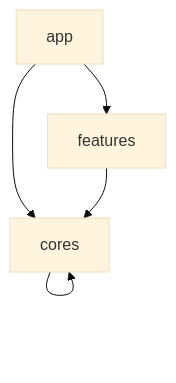
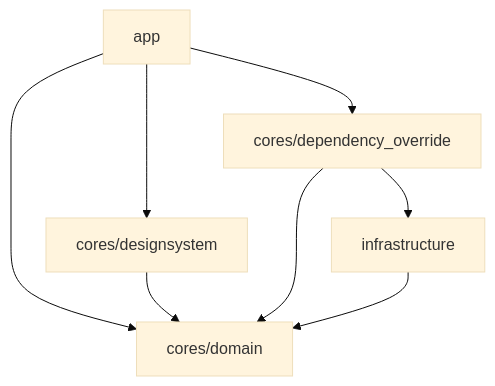
Before and after one commit to yakitama5/flutter-template: the diagram in docs/ARCHITECTURE.md, drawn with Mermaid (base theme). The commit also changed other lines of this file and 3 other files, not shown here.

````diff
--- a/docs/ARCHITECTURE.md
+++ b/docs/ARCHITECTURE.md
@@ -33,9 +36,12 @@
 ```mermaid
 flowchart TB
     app
-    cores
-    features
-    app --> cores & features
-    features --> cores
-    cores --> cores
+    cores/domain
+    cores/designsystem
+    cores/dependency_override
+    infrastructure
+    app --> cores/domain & cores/designsystem & cores/dependency_override
+    cores/designsystem --> cores/domain
+    cores/dependency_override --> cores/domain & infrastructure
+    infrastructure --> cores/domain
 ```
````
